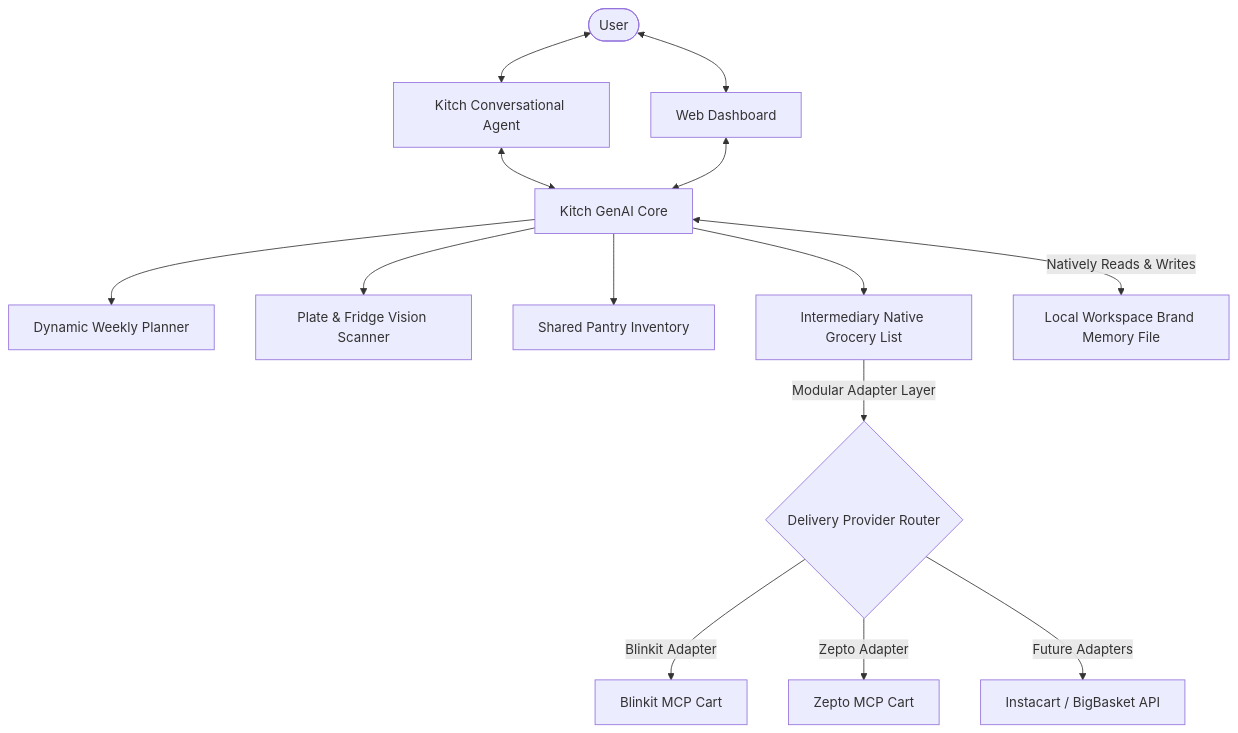
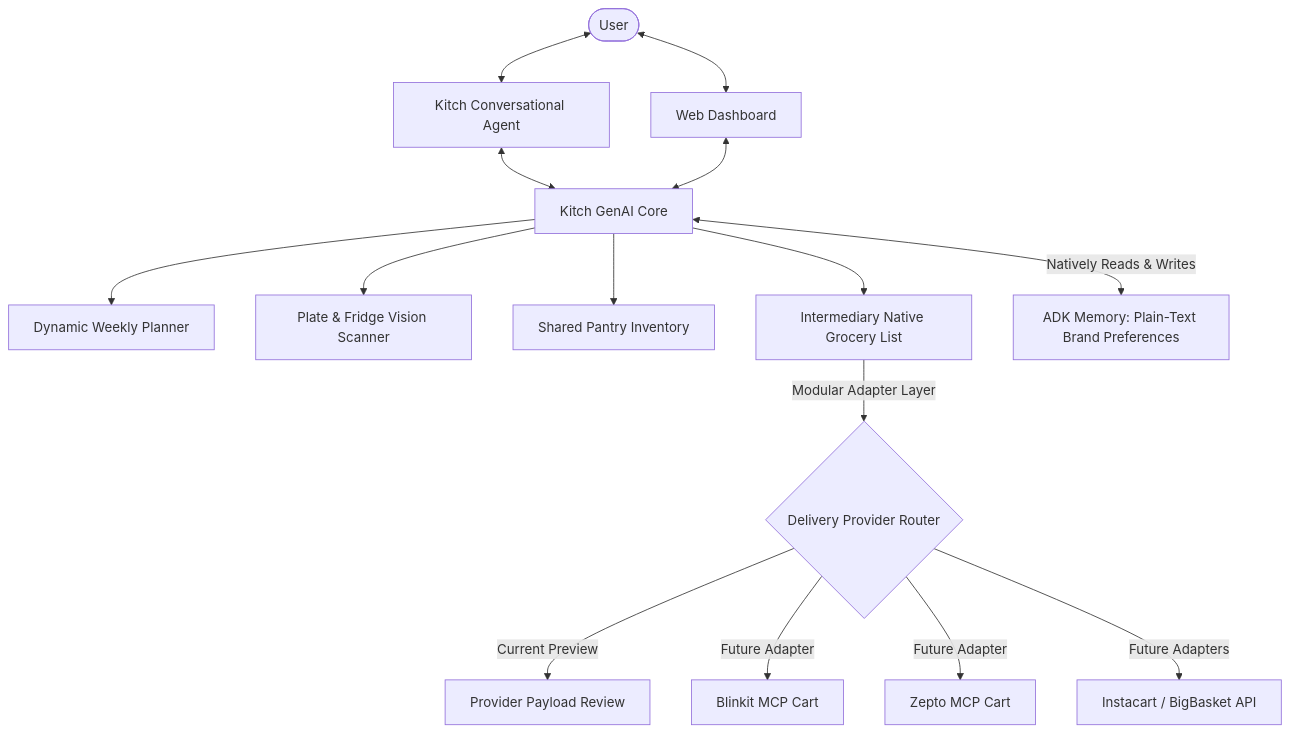
The first of 2 diagrams in docs/vision_and_requirements.md (architworks/meal_and_grocery_agent), drawn with Mermaid before and after one commit. The commit also changed other lines of this file and 14 other files, not shown here.

First line of the commit message:
refactor: align app with shared household architecture

````diff
--- a/docs/vision_and_requirements.md
+++ b/docs/vision_and_requirements.md
@@ -21,18 +21,19 @@
 ```mermaid
 graph TD
     User([User]) <--> ChatAgent[Kitch Conversational Agent]
     User <--> WebDash[Web Dashboard]
     ChatAgent <--> CoreAI[Kitch GenAI Core]
     WebDash <--> CoreAI
     
     CoreAI --> Planner[Dynamic Weekly Planner]
     CoreAI --> VisionEngine[Plate & Fridge Vision Scanner]
     CoreAI --> PantryStock[Shared Pantry Inventory]
     CoreAI --> NativeList[Intermediary Native Grocery List]
-    CoreAI <-->|Natively Reads & Writes| BrandPref[Local Workspace Brand Memory File]
+    CoreAI <-->|Natively Reads & Writes| BrandPref[ADK Memory: Plain-Text Brand Preferences]
     
     NativeList -->|Modular Adapter Layer| DeliveryRouter{Delivery Provider Router}
-    DeliveryRouter -->|Blinkit Adapter| BlinkitMCP[Blinkit MCP Cart]
-    DeliveryRouter -->|Zepto Adapter| ZeptoMCP[Zepto MCP Cart]
+    DeliveryRouter -->|Current Preview| ProviderPayload[Provider Payload Review]
+    DeliveryRouter -->|Future Adapter| BlinkitMCP[Blinkit MCP Cart]
+    DeliveryRouter -->|Future Adapter| ZeptoMCP[Zepto MCP Cart]
     DeliveryRouter -->|Future Adapters| OtherAPI[Instacart / BigBasket API]
 ```
````
